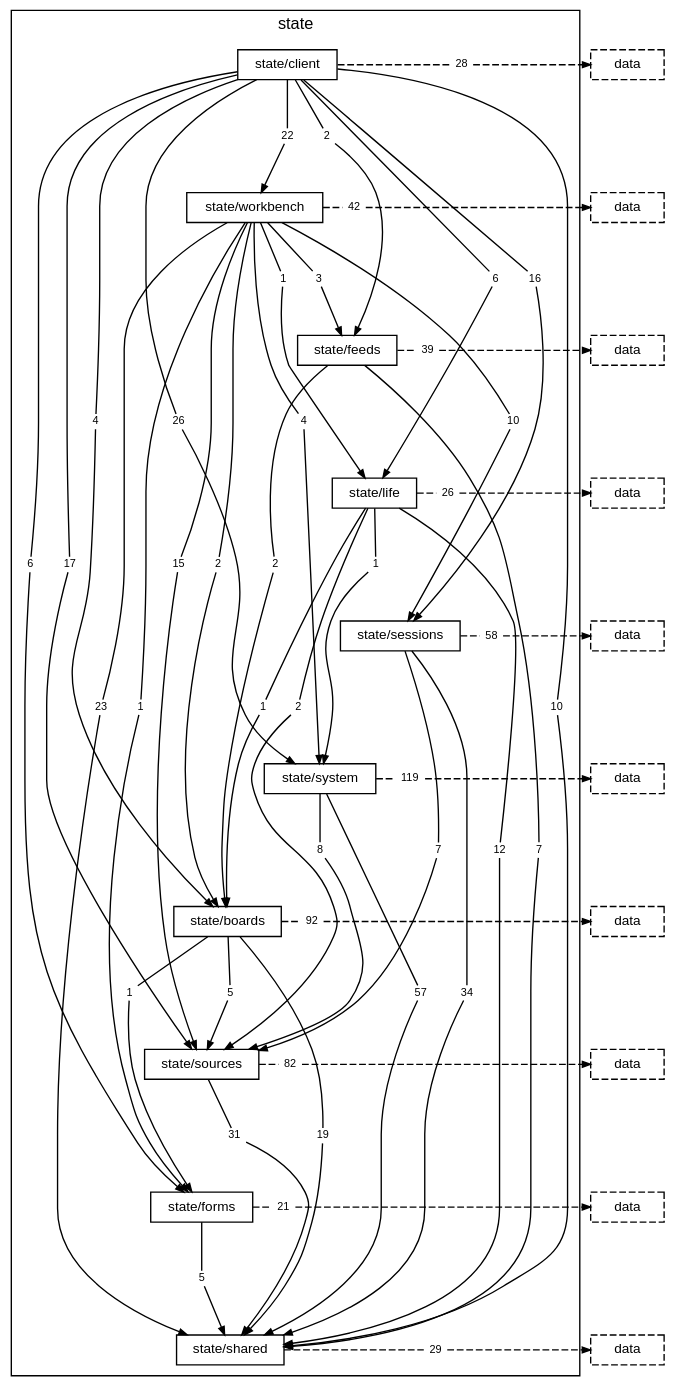
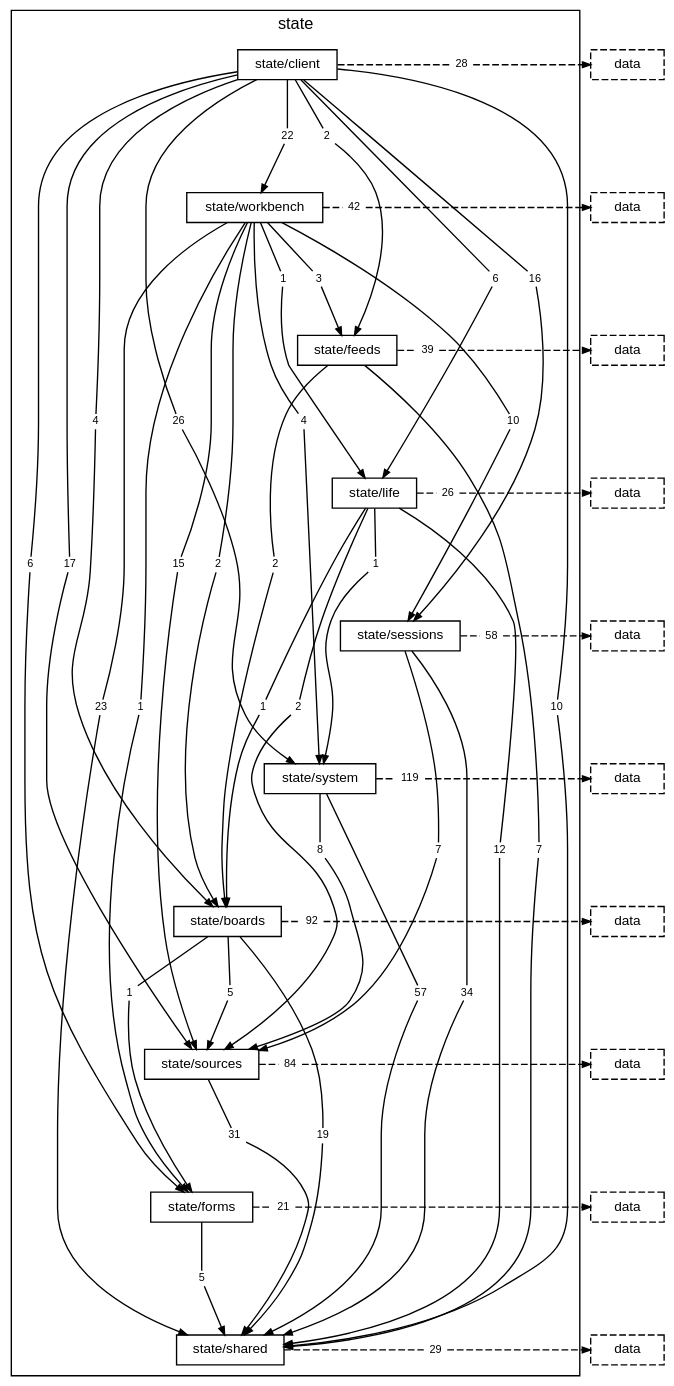
One commit to TheAxeC/oculus changed the diagram in docs/diagrams/layer-state.dot. Above: the diagram before and after it, drawn with Graphviz. The commit also changed 30 other files, not shown here.

```diff
--- a/docs/diagrams/layer-state.dot
+++ b/docs/diagrams/layer-state.dot
@@ -52,7 +52,7 @@
         "folder state/boards to folder state/sources" [label="5", shape=box, color="transparent", fontsize=8, width=0, height=0, margin="0.04,0.02"];
         "folder state/boards to layer data" [label="92", shape=box, color="transparent", fontsize=8, width=0, height=0, margin="0.04,0.02"];
         "folder state/sources to folder state/shared" [label="31", shape=box, color="transparent", fontsize=8, width=0, height=0, margin="0.04,0.02"];
-        "folder state/sources to layer data" [label="82", shape=box, color="transparent", fontsize=8, width=0, height=0, margin="0.04,0.02"];
+        "folder state/sources to layer data" [label="84", shape=box, color="transparent", fontsize=8, width=0, height=0, margin="0.04,0.02"];
         "folder state/forms to folder state/shared" [label="5", shape=box, color="transparent", fontsize=8, width=0, height=0, margin="0.04,0.02"];
         "folder state/forms to layer data" [label="21", shape=box, color="transparent", fontsize=8, width=0, height=0, margin="0.04,0.02"];
         "folder state/shared to layer data" [label="29", shape=box, color="transparent", fontsize=8, width=0, height=0, margin="0.04,0.02"];
```
